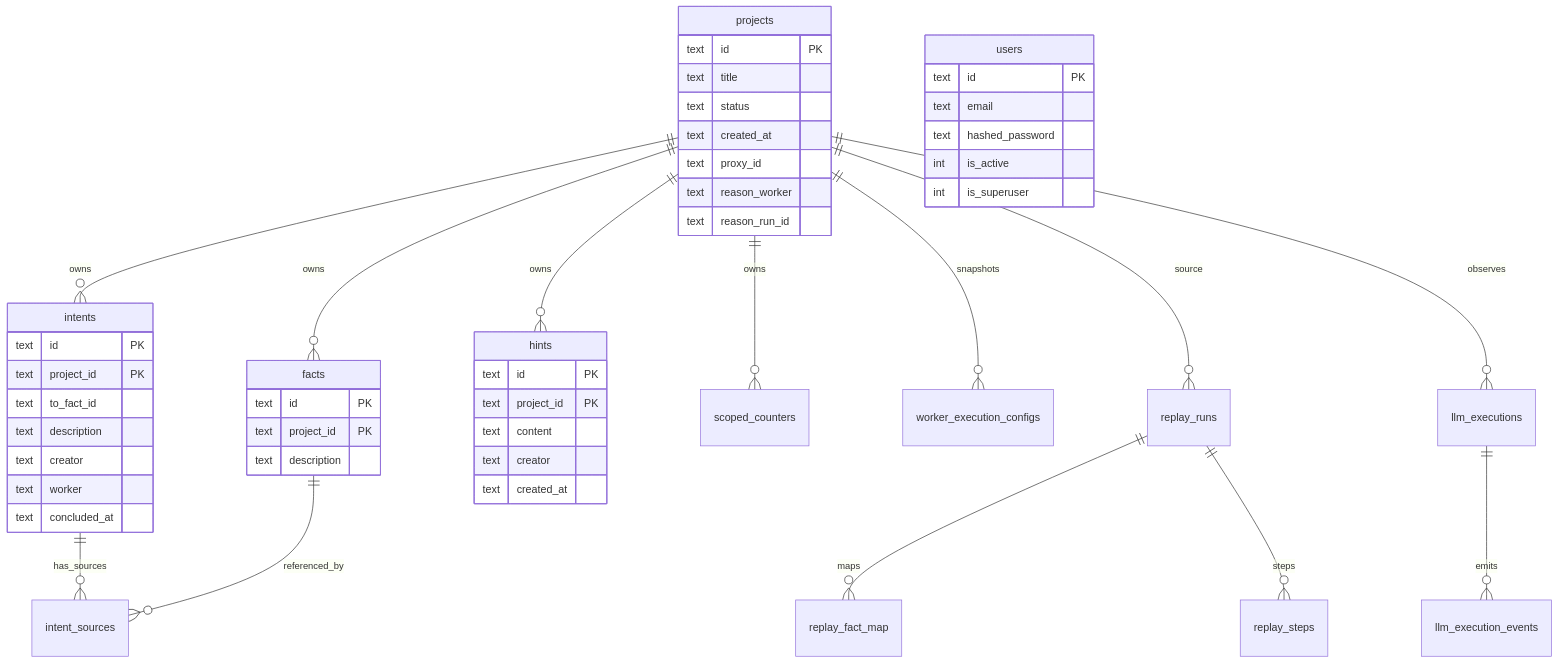
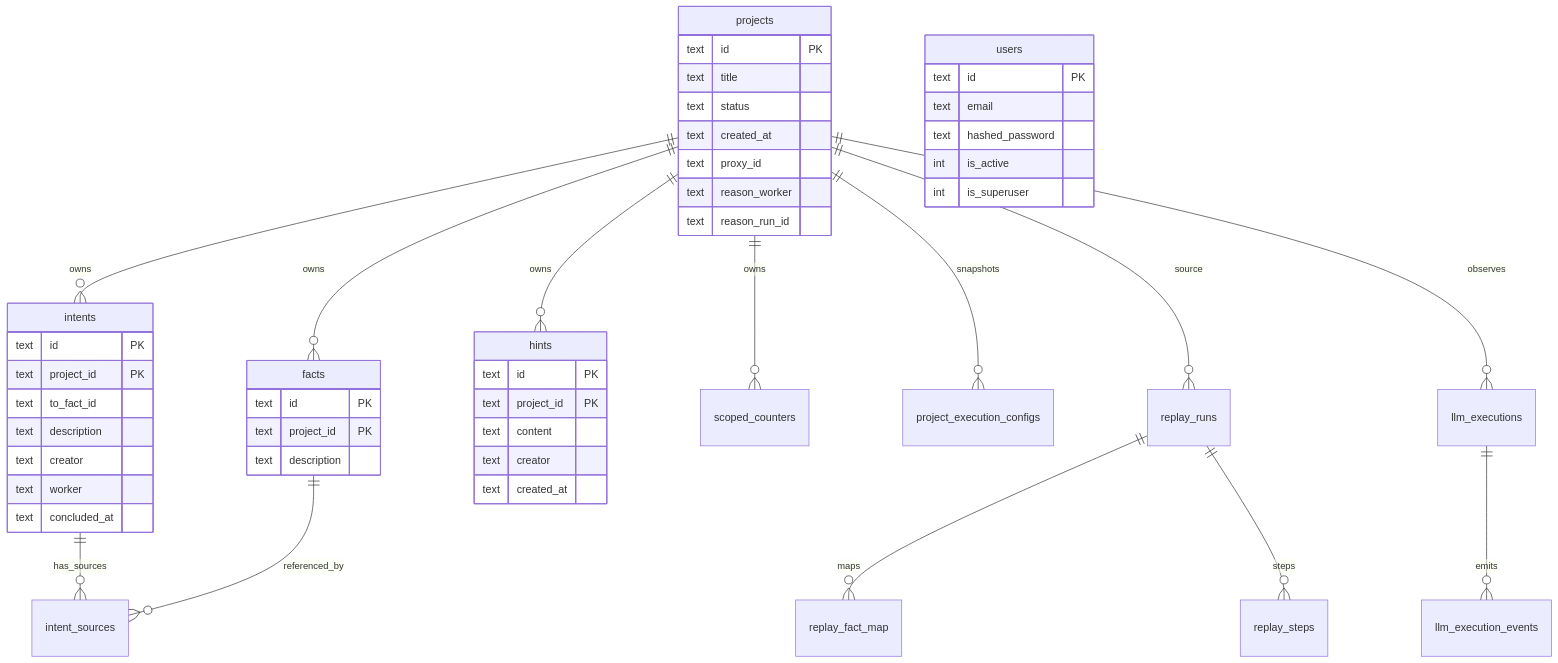
Before and after one commit to j7ur8/Cairn: the fifth of 5 diagrams in AI/CODEBASE_ANALYSIS.md, drawn with Mermaid. The commit also changed other lines of this file and 282 other files, not shown here.

````diff
--- a/AI/CODEBASE_ANALYSIS.md
+++ b/AI/CODEBASE_ANALYSIS.md
@@ -192,53 +209,53 @@
 ```mermaid
 erDiagram
     projects ||--o{ facts : owns
     projects ||--o{ intents : owns
     projects ||--o{ hints : owns
     projects ||--o{ scoped_counters : owns
-    projects ||--o{ worker_execution_configs : snapshots
+    projects ||--o{ project_execution_configs : snapshots
     projects ||--o{ replay_runs : source
     projects ||--o{ llm_executions : observes
     intents ||--o{ intent_sources : has_sources
     facts ||--o{ intent_sources : referenced_by
     replay_runs ||--o{ replay_fact_map : maps
     replay_runs ||--o{ replay_steps : steps
     llm_executions ||--o{ llm_execution_events : emits
 
     projects {
         text id PK
         text title
         text status
         text created_at
         text proxy_id
         text reason_worker
         text reason_run_id
     }
     facts {
         text id PK
         text project_id PK
         text description
     }
     intents {
         text id PK
         text project_id PK
         text to_fact_id
         text description
         text creator
         text worker
         text concluded_at
     }
     hints {
         text id PK
         text project_id PK
         text content
         text creator
         text created_at
     }
     users {
         text id PK
         text email
         text hashed_password
         int is_active
         int is_superuser
     }
 ```
````
